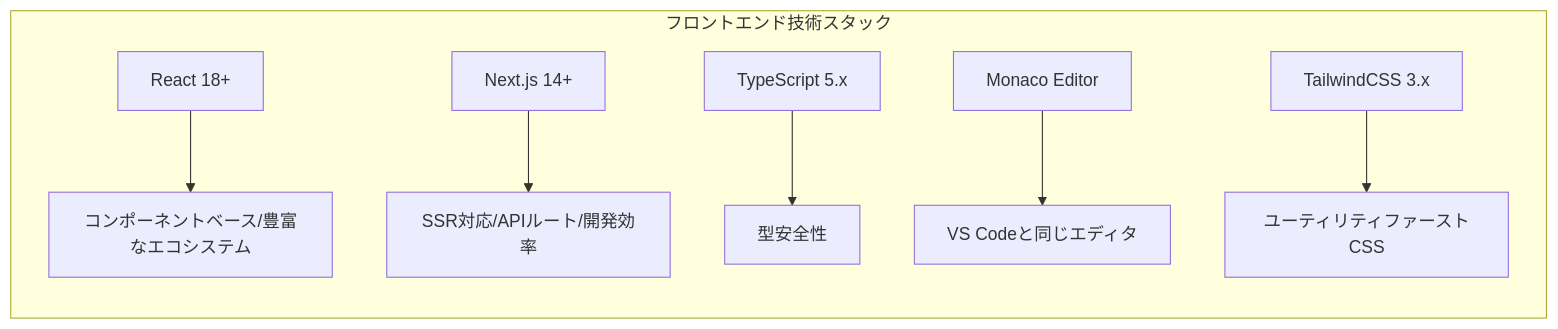
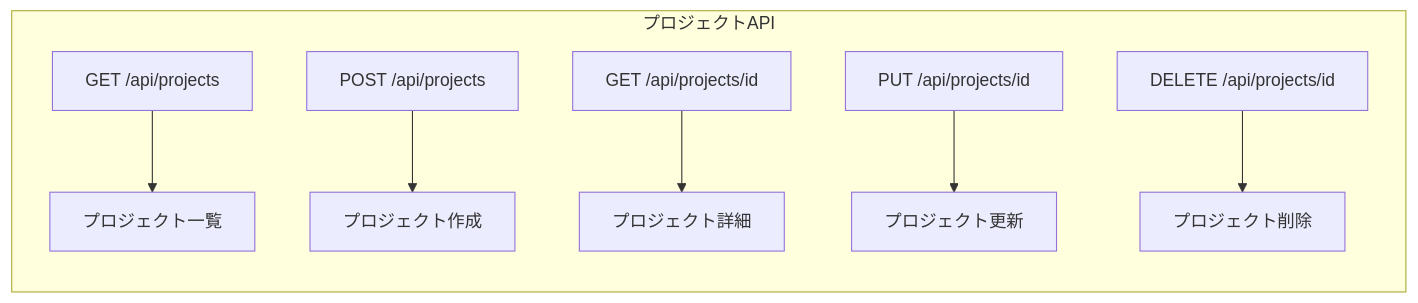
The third of 10 diagrams in doc/architecture-design.md (thirai-classlab/Claude-Code-Cloud), drawn with Mermaid before and after one commit. The commit also changed other lines of this file and 8 other files, not shown here.

````diff
--- a/doc/architecture-design.md
+++ b/doc/architecture-design.md
@@ -85,10 +278,10 @@
 ```mermaid
 flowchart LR
-    subgraph フロントエンド技術スタック
-        RE[React 18+] --> RED[コンポーネントベース/豊富なエコシステム]
-        NE[Next.js 14+] --> NED[SSR対応/APIルート/開発効率]
-        TS[TypeScript 5.x] --> TSD[型安全性]
-        MO[Monaco Editor] --> MOD[VS Codeと同じエディタ]
-        TW[TailwindCSS 3.x] --> TWD[ユーティリティファーストCSS]
+    subgraph プロジェクトAPI
+        P1[GET /api/projects] --> P1D[プロジェクト一覧]
+        P2[POST /api/projects] --> P2D[プロジェクト作成]
+        P3[GET /api/projects/id] --> P3D[プロジェクト詳細]
+        P4[PUT /api/projects/id] --> P4D[プロジェクト更新]
+        P5[DELETE /api/projects/id] --> P5D[プロジェクト削除]
     end
 ```
````
